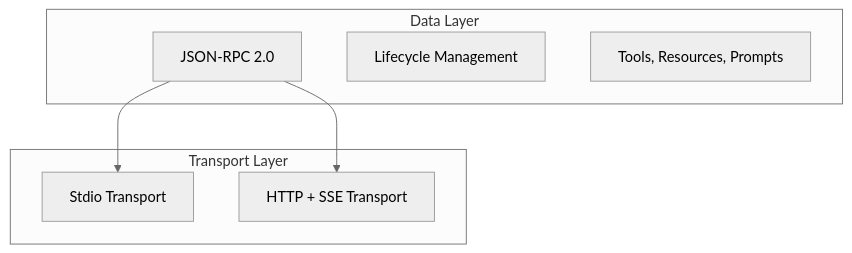
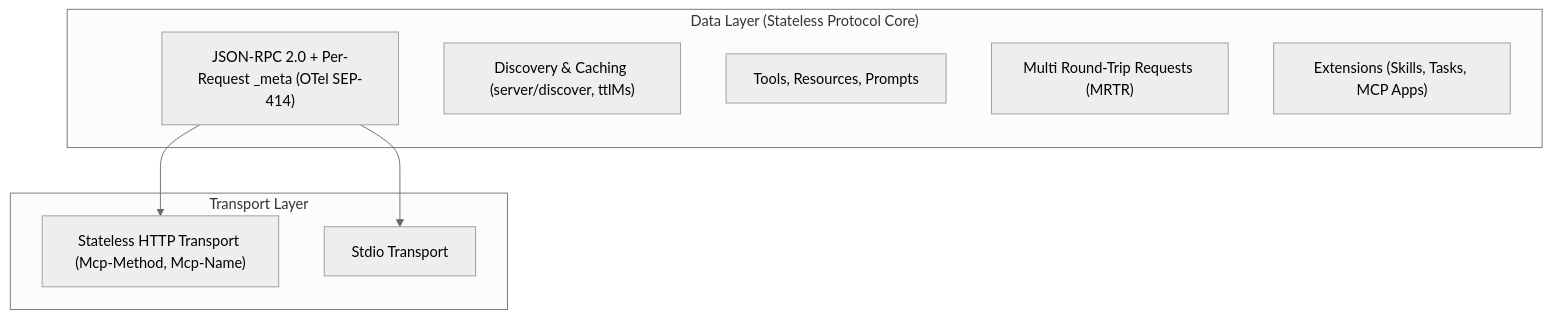
The fourth of 7 diagrams in docs/AI/MCP/01_architecture.md (imagarg01/LearningStuff), drawn with Mermaid (neutral theme) before and after one commit. The commit also changed other lines of this file and 29 other files, not shown here.

Commit message:
Feat: updated skills and mcp docs

````diff
--- a/docs/AI/MCP/01_architecture.md
+++ b/docs/AI/MCP/01_architecture.md
@@ -96,16 +106,18 @@
 ```mermaid
 graph TB
-    subgraph "Data Layer"
-        JSONRPC[JSON-RPC 2.0]
-        Lifecycle[Lifecycle Management]
+    subgraph "Data Layer (Stateless Protocol Core)"
+        JSONRPC["JSON-RPC 2.0 + Per-Request _meta (OTel SEP-414)"]
+        Discovery["Discovery & Caching (server/discover, ttlMs)"]
         Primitives[Tools, Resources, Prompts]
+        MRTR["Multi Round-Trip Requests (MRTR)"]
+        Extensions["Extensions (Skills, Tasks, MCP Apps)"]
     end
     
     subgraph "Transport Layer"
+        HTTP["Stateless HTTP Transport (Mcp-Method, Mcp-Name)"]
         Stdio[Stdio Transport]
-        HTTP[HTTP + SSE Transport]
     end
     
+    JSONRPC --> HTTP
     JSONRPC --> Stdio
-    JSONRPC --> HTTP
 ```
````
